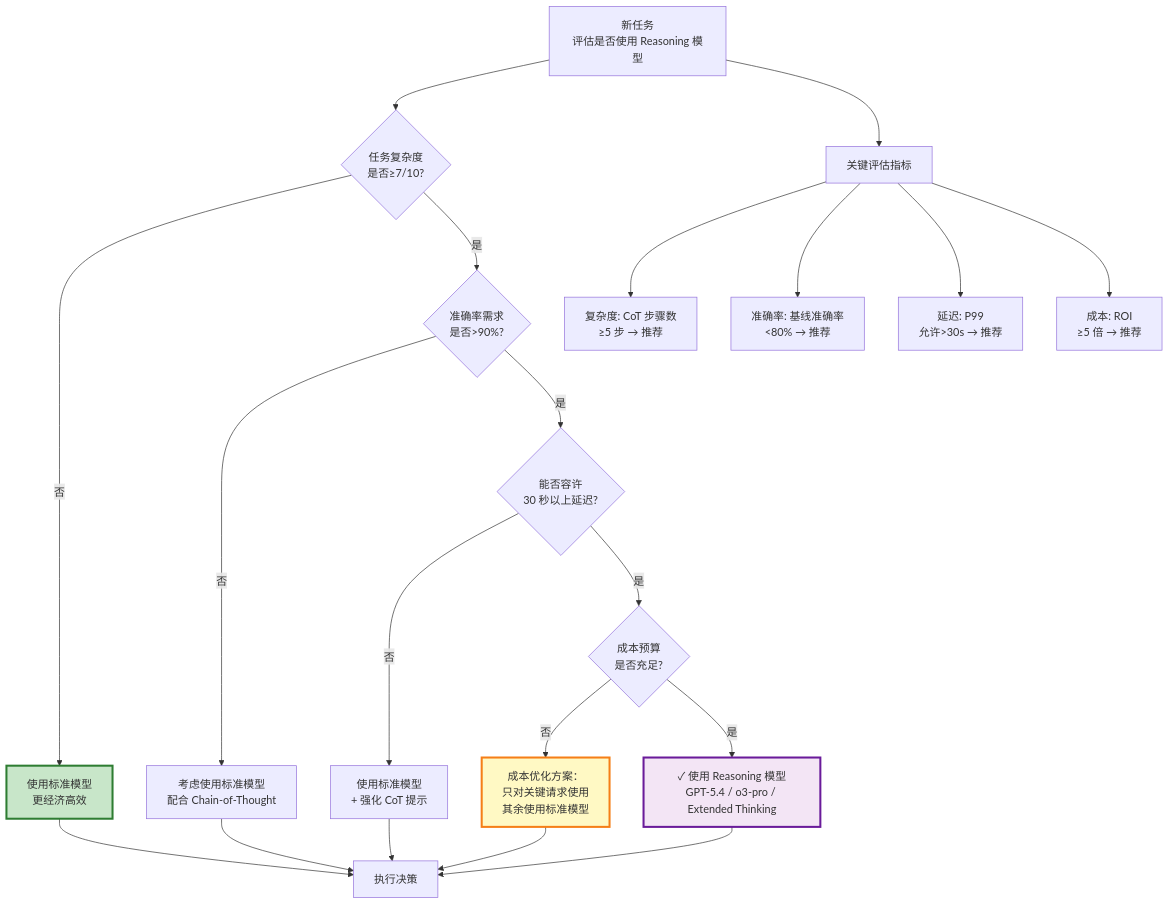
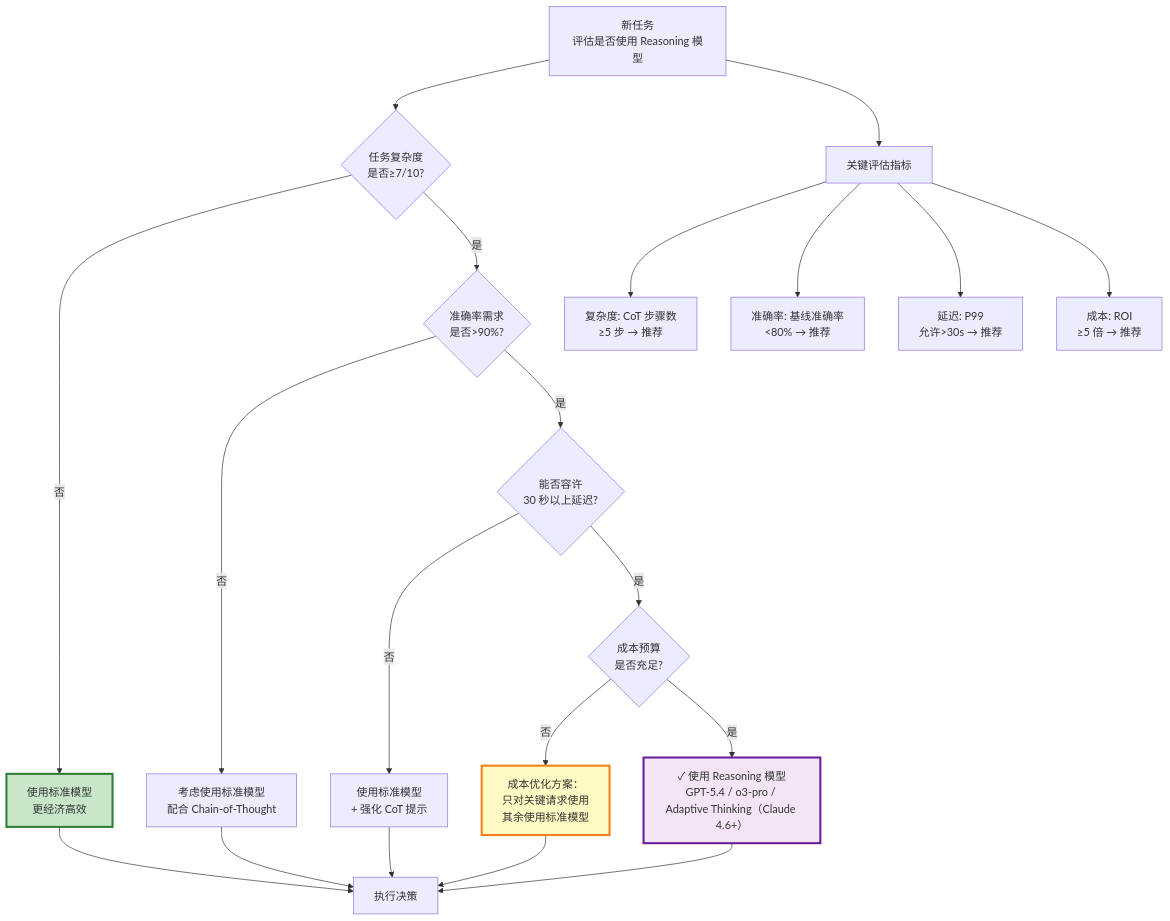
The second of 3 diagrams in 06_chain_of_thought/6.6_reasoning_decision_framework.md (changsongyang/prompt_engineering_guide), drawn with Mermaid before and after one commit. The commit also changed other lines of this file and 1 other file, not shown here.

Commit message:
Update Extended to Adaptive Thinking

````diff
--- a/06_chain_of_thought/6.6_reasoning_decision_framework.md
+++ b/06_chain_of_thought/6.6_reasoning_decision_framework.md
@@ -136,34 +138,34 @@
 ```mermaid
 graph TD
     Start["新任务<br/>评估是否使用 Reasoning 模型"]
 
     Start --> Q1{"任务复杂度<br/>是否≥7/10?"}
 
     Q1 -->|否| Use_Standard["使用标准模型<br/>更经济高效"]
     Q1 -->|是| Q2{"准确率需求<br/>是否>90%?"}
 
     Q2 -->|否| Consider["考虑使用标准模型<br/>配合 Chain-of-Thought"]
     Q2 -->|是| Q3{"能否容许<br/>30 秒以上延迟?"}
 
     Q3 -->|否| UseStandard_COT["使用标准模型<br/>+ 强化 CoT 提示"]
     Q3 -->|是| Q4{"成本预算<br/>是否充足?"}
 
     Q4 -->|否| UseOptimized["成本优化方案：<br/>只对关键请求使用<br/>其余使用标准模型"]
-    Q4 -->|是| UseReasoning["✓ 使用 Reasoning 模型<br/>GPT-5.4 / o3-pro / Extended Thinking"]
+    Q4 -->|是| UseReasoning["✓ 使用 Reasoning 模型<br/>GPT-5.4 / o3-pro / Adaptive Thinking（Claude 4.6+）"]
 
     Start --> Metrics["关键评估指标"]
     Metrics --> M1["复杂度: CoT 步骤数<br/>≥5 步 → 推荐"]
     Metrics --> M2["准确率: 基线准确率<br/><80% → 推荐"]
     Metrics --> M3["延迟: P99<br/>允许>30s → 推荐"]
     Metrics --> M4["成本: ROI<br/>≥5 倍 → 推荐"]
 
     Use_Standard --> End["执行决策"]
     Consider --> End
     UseStandard_COT --> End
     UseOptimized --> End
     UseReasoning --> End
 
     style UseReasoning fill:#f3e5f5,stroke:#6a1b9a,stroke-width:3px
     style Use_Standard fill:#c8e6c9,stroke:#2e7d32,stroke-width:3px
     style UseOptimized fill:#fff9c4,stroke:#f57f17,stroke-width:3px
 ```
````
